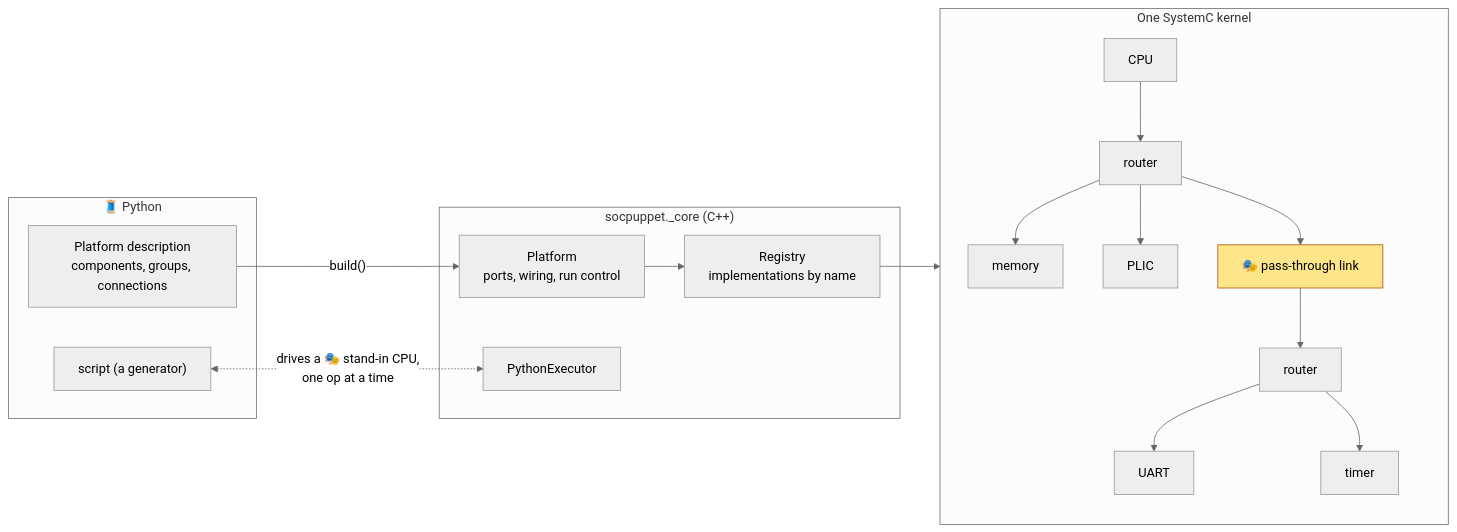
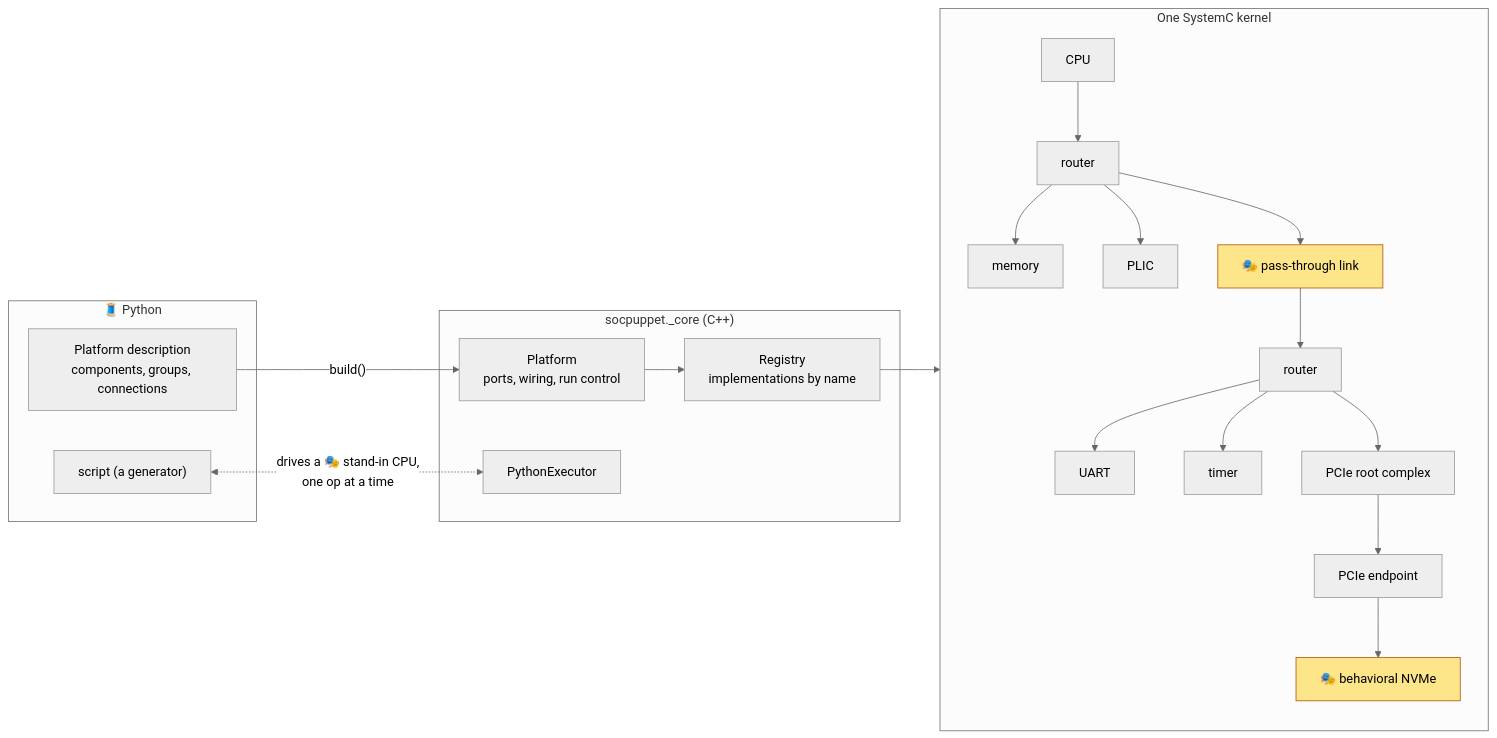
Before and after one commit to cphurley82/socpuppet: the first of 2 diagrams in docs/architecture.md, drawn with Mermaid (neutral theme). The commit also changed other lines of this file and 3 other files, not shown here.

````diff
--- a/docs/architecture.md
+++ b/docs/architecture.md
@@ -9,35 +9,39 @@
 ```mermaid
 flowchart LR
     subgraph py["🧵 Python"]
         desc["Platform description<br/>components, groups, connections"]
         script["script (a generator)"]
     end
     subgraph core["socpuppet._core (C++)"]
         reg["Registry<br/>implementations by name"]
         plat["Platform<br/>ports, wiring, run control"]
         exec["PythonExecutor"]
     end
     subgraph sim["One SystemC kernel"]
         cpu["CPU"]
         bus["router"]
         ram["memory"]
         plic["PLIC"]
         link["🎭 pass-through link"]
         iobus["router"]
         uart["UART"]
         timer["timer"]
+        rc["PCIe root complex"]
+        ep["PCIe endpoint"]
+        nvme["🎭 behavioral NVMe"]
         cpu --> bus
         bus --> ram
         bus --> plic
         bus --> link --> iobus
         iobus --> uart
         iobus --> timer
+        iobus --> rc --> ep --> nvme
     end
     desc -- "build()" --> plat
     plat --> reg
     reg --> sim
     script <-. "drives a 🎭 stand-in CPU,<br/>one op at a time" .-> exec
 
     classDef standin fill:#fde68a,stroke:#b45309,color:#000
-    class link standin
+    class link,nvme standin
 ```
````
